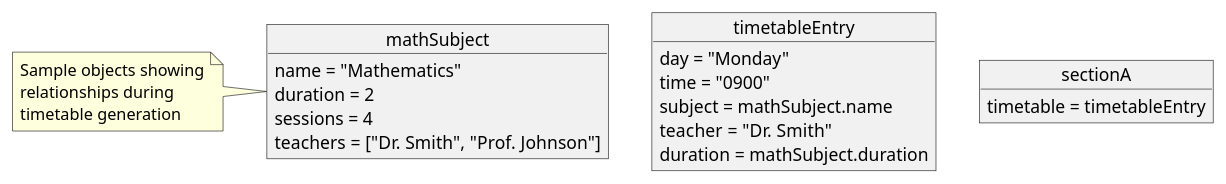
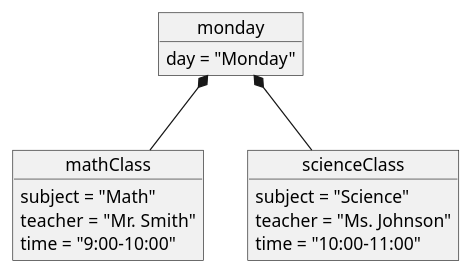
The diagram in UML/code/Object.puml (BhaveshSabharwal/JAVA-and-DSA-Sem-end-Project), drawn with PlantUML before and after one commit. The commit also changed 21 other files, not shown here.

Commit message:
Updated UML diagrams

```diff
--- a/UML/code/Object.puml
+++ b/UML/code/Object.puml
@@ -1,22 +1,20 @@
-@startuml
-object mathSubject {
-  name = "Mathematics"
-  duration = 2
-  sessions = 4
-  teachers = ["Dr. Smith", "Prof. Johnson"]
+@startuml object
+object monday {
+  day = "Monday"
 }
 
-object timetableEntry {
-  day = "Monday"
-  time = "0900"
-  subject = mathSubject.name
-  teacher = "Dr. Smith"
-  duration = mathSubject.duration
+object mathClass {
+  subject = "Math"
+  teacher = "Mr. Smith"
+  time = "9:00-10:00"
 }
 
-object sectionA {
-  timetable = timetableEntry
+object scienceClass {
+  subject = "Science"
+  teacher = "Ms. Johnson"
+  time = "10:00-11:00"
 }
 
-note left of mathSubject: Sample objects showing\nrelationships during\ntimetable generation
+monday *-- mathClass
+monday *-- scienceClass
 @enduml
```
